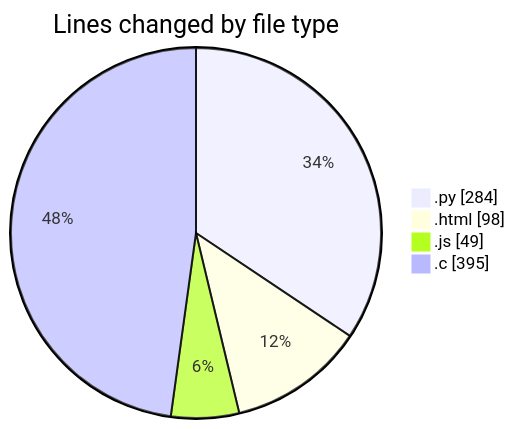
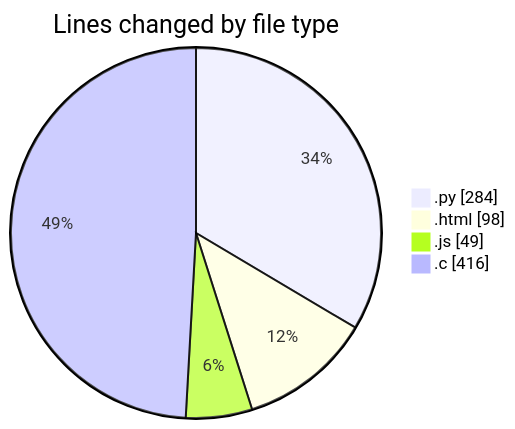
One commit to Ritupan-Deka/code-tracking changed the first of 2 diagrams in 2025-01-21/projects/README.md. Above: the diagram before and after it, drawn with Mermaid. The commit also changed other lines of this file and 1 other file, not shown here.

````diff
--- a/2025-01-21/projects/README.md
+++ b/2025-01-21/projects/README.md
@@ -31,8 +31,8 @@
 ```mermaid
 pie showData
 title Lines changed by file type
 ".py" : 284
 ".html" : 98
 ".js" : 49
-".c" : 395
+".c" : 416
 ```
````
